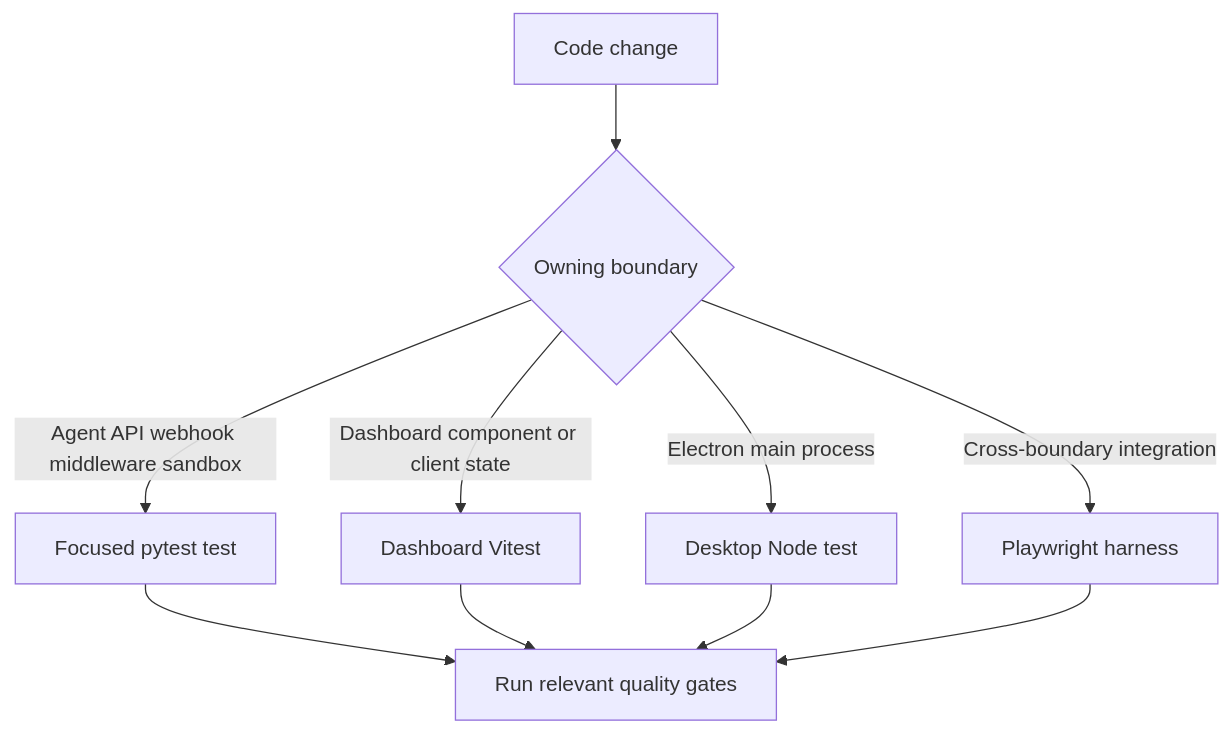
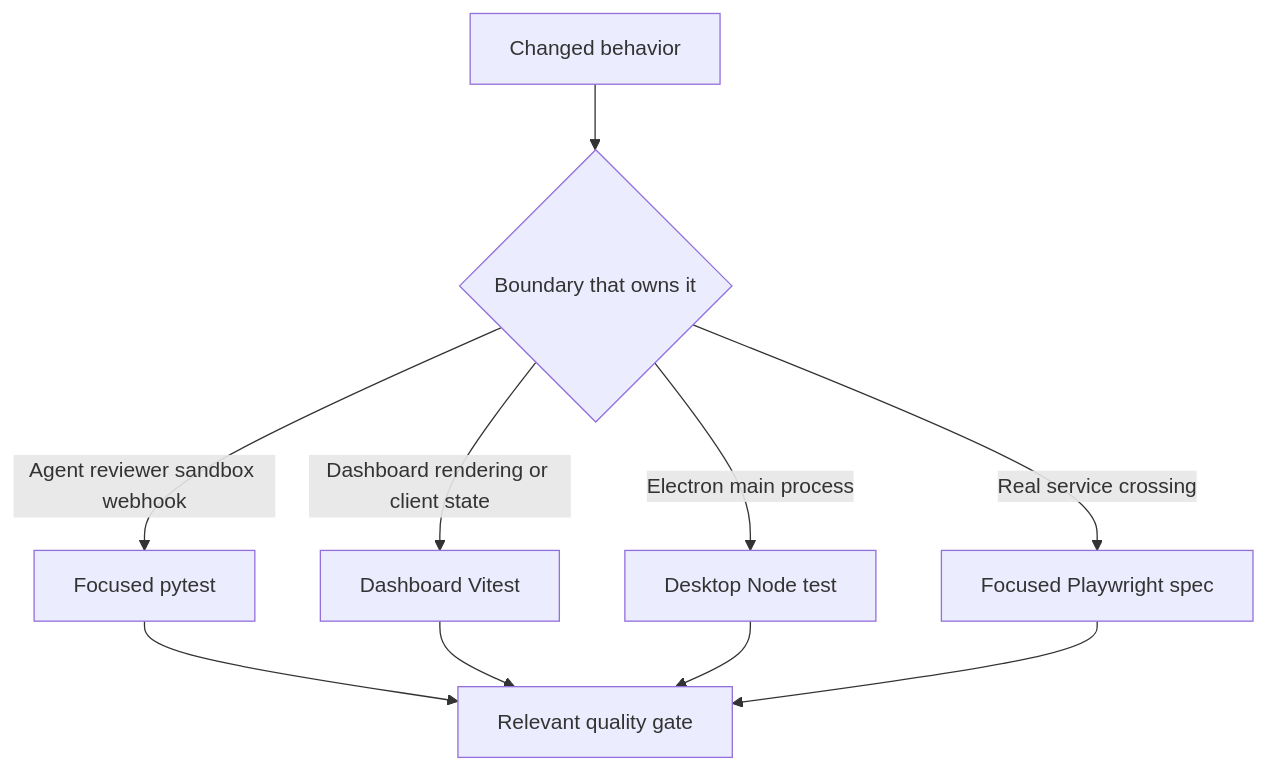
Before and after one commit to langchain-ai/open-swe: the first of 2 diagrams in openwiki/testing/overview.md, drawn with Mermaid. The commit also changed other lines of this file and 52 other files, not shown here.

````diff
--- a/openwiki/testing/overview.md
+++ b/openwiki/testing/overview.md
@@ -83,12 +63,12 @@
 ```mermaid
 flowchart TD
-    Change["Code change"] --> Boundary{"Owning boundary"}
-    Boundary -->|"Agent API webhook middleware sandbox"| Python["Focused pytest test"]
-    Boundary -->|"Dashboard component or client state"| Dashboard["Dashboard Vitest"]
-    Boundary -->|"Electron main process"| Desktop["Desktop Node test"]
-    Boundary -->|"Cross-boundary integration"| E2E["Playwright harness"]
-    Python --> Gates["Run relevant quality gates"]
-    Dashboard --> Gates
-    Desktop --> Gates
-    E2E --> Gates
+    Change["Changed behavior"] --> Owner{"Boundary that owns it"}
+    Owner -->|"Agent reviewer sandbox webhook"| Pytest["Focused pytest"]
+    Owner -->|"Dashboard rendering or client state"| Vitest["Dashboard Vitest"]
+    Owner -->|"Electron main process"| Node["Desktop Node test"]
+    Owner -->|"Real service crossing"| Playwright["Focused Playwright spec"]
+    Pytest --> Gates["Relevant quality gate"]
+    Vitest --> Gates
+    Node --> Gates
+    Playwright --> Gates
 ```
````
